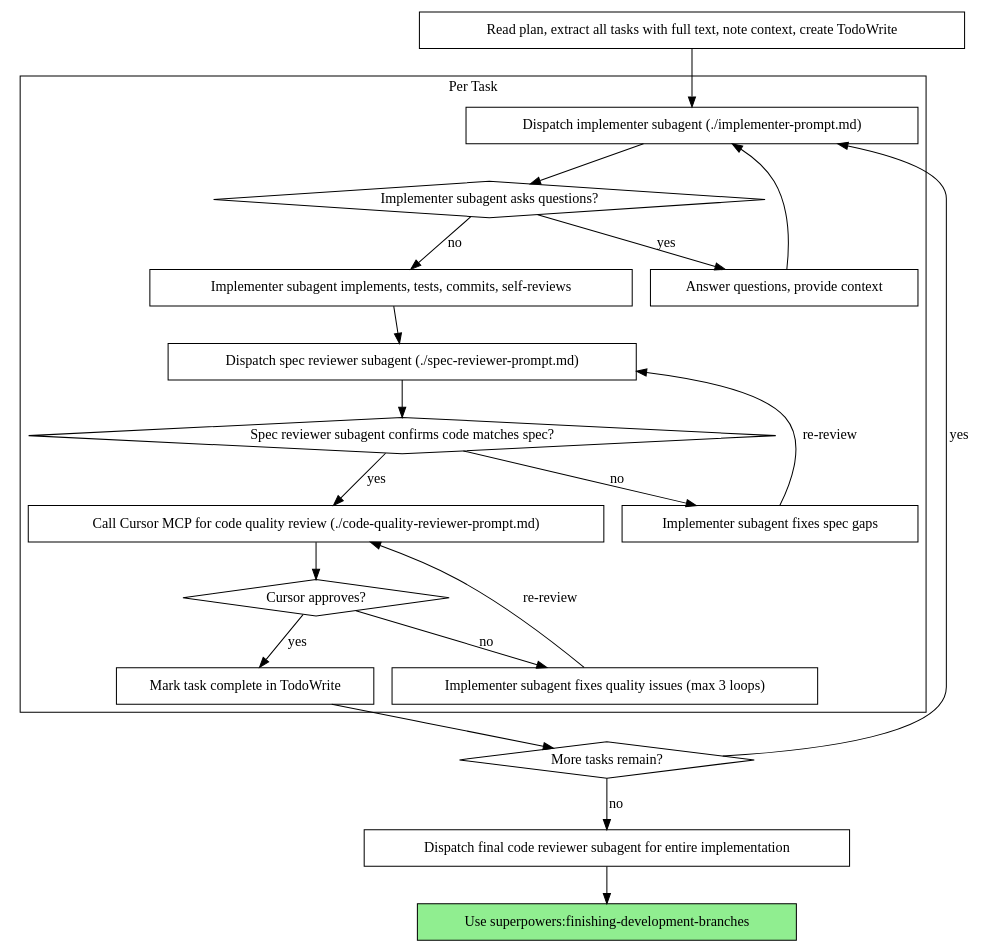
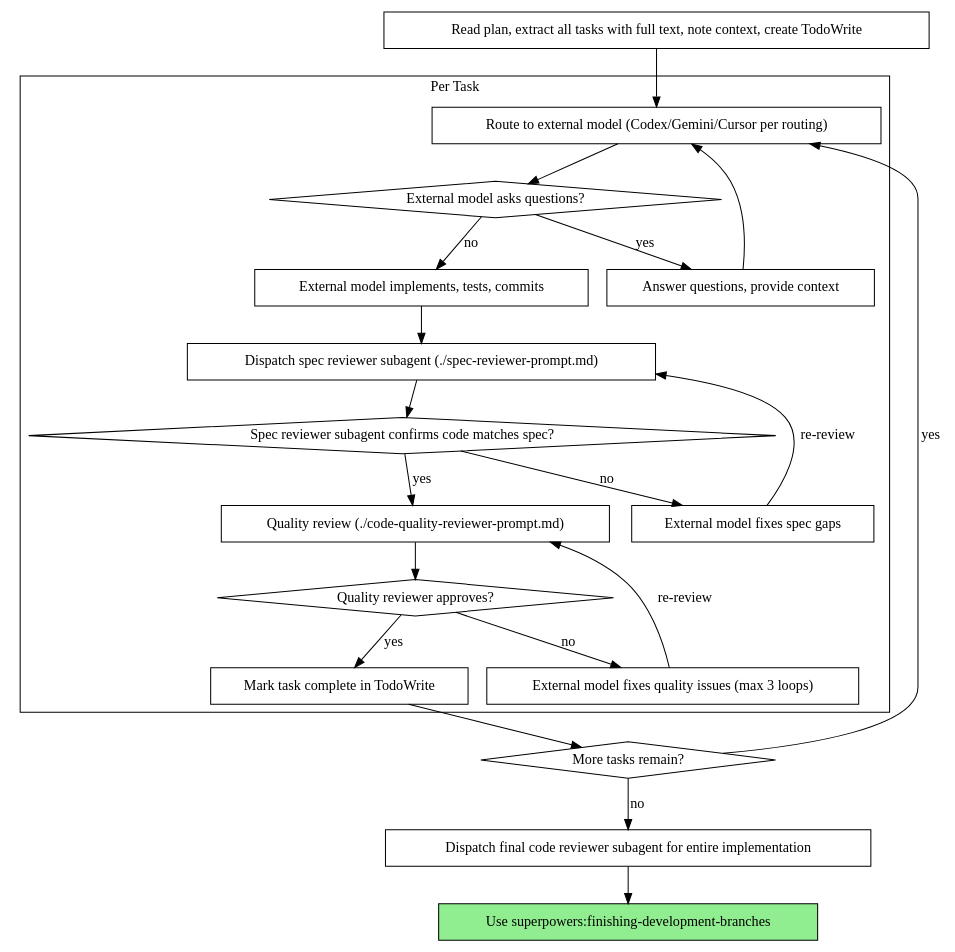
Before and after one commit to sitien173/refract: the second of 2 diagrams in plugin/skills/developing-with-subagents/SKILL.md, drawn with Graphviz. The commit also changed other lines of this file and 11 other files, not shown here.

First line of the commit message:
feat: add CURSOR routing target, make Claude orchestrator-only

````diff
--- a/plugin/skills/developing-with-subagents/SKILL.md
+++ b/plugin/skills/developing-with-subagents/SKILL.md
@@ -85,44 +85,44 @@
 ```dot
 digraph process {
     rankdir=TB;
 
     subgraph cluster_per_task {
         label="Per Task";
-        "Dispatch implementer subagent (./implementer-prompt.md)" [shape=box];
-        "Implementer subagent asks questions?" [shape=diamond];
+        "Route to external model (Codex/Gemini/Cursor per routing)" [shape=box];
+        "External model asks questions?" [shape=diamond];
         "Answer questions, provide context" [shape=box];
-        "Implementer subagent implements, tests, commits, self-reviews" [shape=box];
+        "External model implements, tests, commits" [shape=box];
         "Dispatch spec reviewer subagent (./spec-reviewer-prompt.md)" [shape=box];
         "Spec reviewer subagent confirms code matches spec?" [shape=diamond];
-        "Implementer subagent fixes spec gaps" [shape=box];
-        "Call Cursor MCP for code quality review (./code-quality-reviewer-prompt.md)" [shape=box];
-        "Cursor approves?" [shape=diamond];
-        "Implementer subagent fixes quality issues (max 3 loops)" [shape=box];
+        "External model fixes spec gaps" [shape=box];
+        "Quality review (./code-quality-reviewer-prompt.md)" [shape=box];
+        "Quality reviewer approves?" [shape=diamond];
+        "External model fixes quality issues (max 3 loops)" [shape=box];
         "Mark task complete in TodoWrite" [shape=box];
     }
 
     "Read plan, extract all tasks with full text, note context, create TodoWrite" [shape=box];
     "More tasks remain?" [shape=diamond];
     "Dispatch final code reviewer subagent for entire implementation" [shape=box];
     "Use superpowers:finishing-development-branches" [shape=box style=filled fillcolor=lightgreen];
 
-    "Read plan, extract all tasks with full text, note context, create TodoWrite" -> "Dispatch implementer subagent (./implementer-prompt.md)";
-    "Dispatch implementer subagent (./implementer-prompt.md)" -> "Implementer subagent asks questions?";
-    "Implementer subagent asks questions?" -> "Answer questions, provide context" [label="yes"];
-    "Answer questions, provide context" -> "Dispatch implementer subagent (./implementer-prompt.md)";
-    "Implementer subagent asks questions?" -> "Implementer subagent implements, tests, commits, self-reviews" [label="no"];
-    "Implementer subagent implements, tests, commits, self-reviews" -> "Dispatch spec reviewer subagent (./spec-reviewer-prompt.md)";
+    "Read plan, extract all tasks with full text, note context, create TodoWrite" -> "Route to external model (Codex/Gemini/Cursor per routing)";
+    "Route to external model (Codex/Gemini/Cursor per routing)" -> "External model asks questions?";
+    "External model asks questions?" -> "Answer questions, provide context" [label="yes"];
+    "Answer questions, provide context" -> "Route to external model (Codex/Gemini/Cursor per routing)";
+    "External model asks questions?" -> "External model implements, tests, commits" [label="no"];
+    "External model implements, tests, commits" -> "Dispatch spec reviewer subagent (./spec-reviewer-prompt.md)";
     "Dispatch spec reviewer subagent (./spec-reviewer-prompt.md)" -> "Spec reviewer subagent confirms code matches spec?";
-    "Spec reviewer subagent confirms code matches spec?" -> "Implementer subagent fixes spec gaps" [label="no"];
-    "Implementer subagent fixes spec gaps" -> "Dispatch spec reviewer subagent (./spec-reviewer-prompt.md)" [label="re-review"];
-    "Spec reviewer subagent confirms code matches spec?" -> "Call Cursor MCP for code quality review (./code-quality-reviewer-prompt.md)" [label="yes"];
-    "Call Cursor MCP for code quality review (./code-quality-reviewer-prompt.md)" -> "Cursor approves?";
-    "Cursor approves?" -> "Implementer subagent fixes quality issues (max 3 loops)" [label="no"];
-    "Implementer subagent fixes quality issues (max 3 loops)" -> "Call Cursor MCP for code quality review (./code-quality-reviewer-prompt.md)" [label="re-review"];
-    "Cursor approves?" -> "Mark task complete in TodoWrite" [label="yes"];
+    "Spec reviewer subagent confirms code matches spec?" -> "External model fixes spec gaps" [label="no"];
+    "External model fixes spec gaps" -> "Dispatch spec reviewer subagent (./spec-reviewer-prompt.md)" [label="re-review"];
+    "Spec reviewer subagent confirms code matches spec?" -> "Quality review (./code-quality-reviewer-prompt.md)" [label="yes"];
+    "Quality review (./code-quality-reviewer-prompt.md)" -> "Quality reviewer approves?";
+    "Quality reviewer approves?" -> "External model fixes quality issues (max 3 loops)" [label="no"];
+    "External model fixes quality issues (max 3 loops)" -> "Quality review (./code-quality-reviewer-prompt.md)" [label="re-review"];
+    "Quality reviewer approves?" -> "Mark task complete in TodoWrite" [label="yes"];
     "Mark task complete in TodoWrite" -> "More tasks remain?";
-    "More tasks remain?" -> "Dispatch implementer subagent (./implementer-prompt.md)" [label="yes"];
+    "More tasks remain?" -> "Route to external model (Codex/Gemini/Cursor per routing)" [label="yes"];
     "More tasks remain?" -> "Dispatch final code reviewer subagent for entire implementation" [label="no"];
     "Dispatch final code reviewer subagent for entire implementation" -> "Use superpowers:finishing-development-branches";
 }
 ```
````
